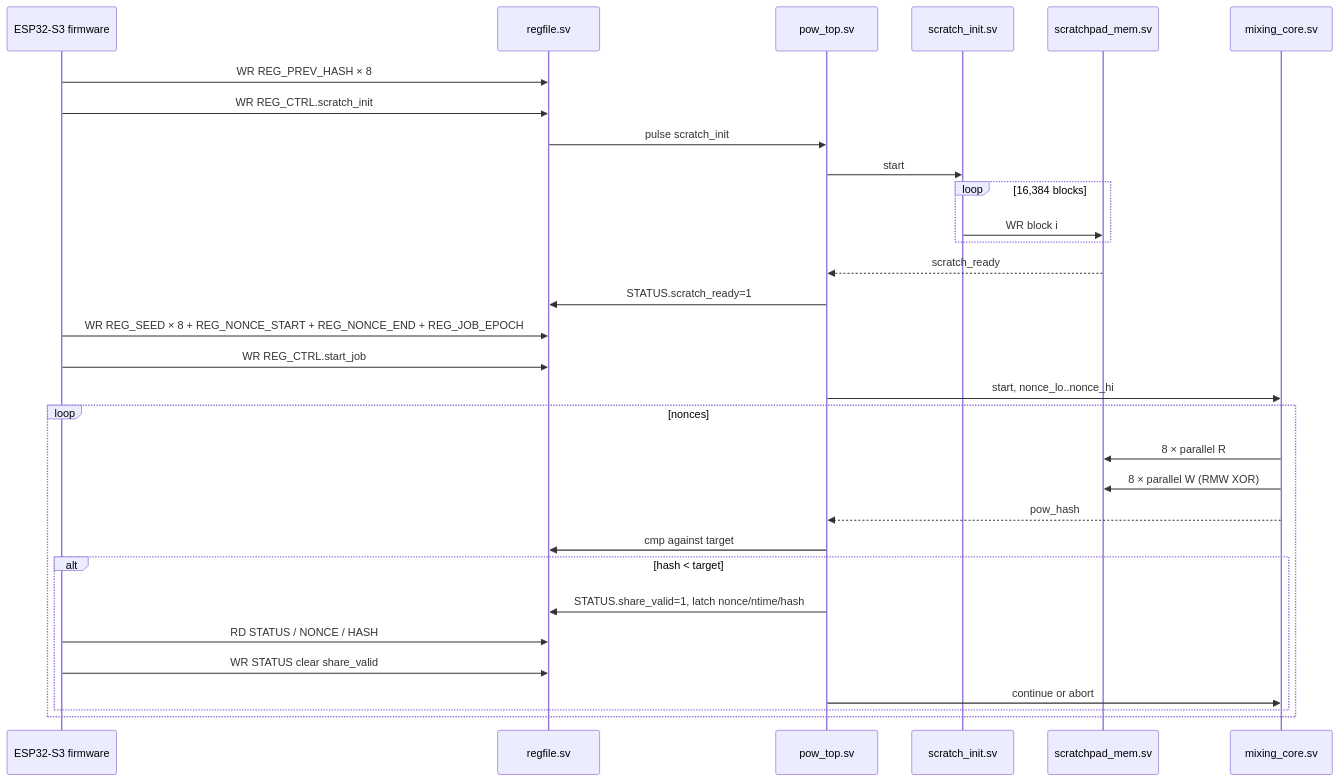
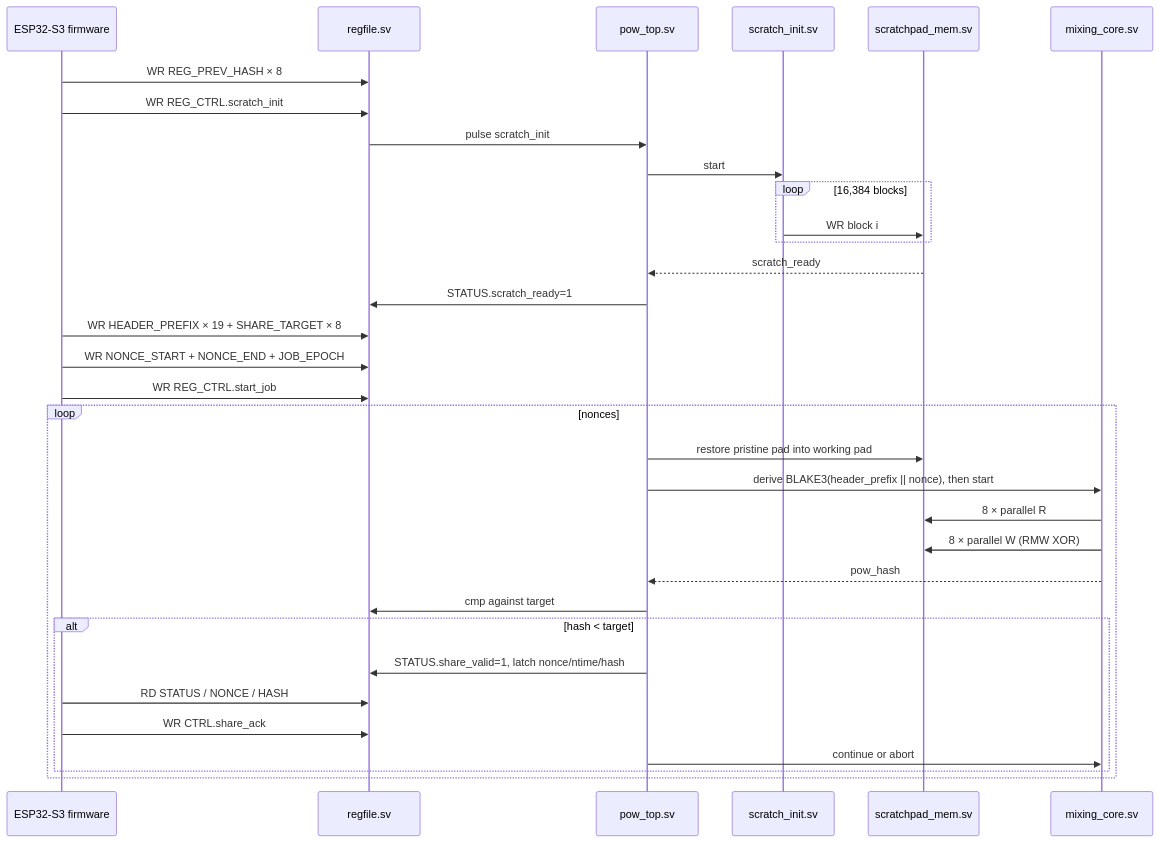
One commit to b3chain/b3chain changed the second of 2 diagrams in contrib/miner/b3miner-rtl/docs/architecture.md. Above: the diagram before and after it, drawn with Mermaid. The commit also changed other lines of this file and 125 other files, not shown here.

````diff
--- a/contrib/miner/b3miner-rtl/docs/architecture.md
+++ b/contrib/miner/b3miner-rtl/docs/architecture.md
@@ -40,34 +40,36 @@
 ```mermaid
 sequenceDiagram
     participant FW as ESP32-S3 firmware
     participant RF as regfile.sv
     participant PT as pow_top.sv
     participant SI as scratch_init.sv
     participant SP as scratchpad_mem.sv
     participant MX as mixing_core.sv
 
     FW->>RF: WR REG_PREV_HASH × 8
     FW->>RF: WR REG_CTRL.scratch_init
     RF->>PT: pulse scratch_init
     PT->>SI: start
     loop 16,384 blocks
         SI->>SP: WR block i
     end
     SP-->>PT: scratch_ready
     PT->>RF: STATUS.scratch_ready=1
-    FW->>RF: WR REG_SEED × 8 + REG_NONCE_START + REG_NONCE_END + REG_JOB_EPOCH
+    FW->>RF: WR HEADER_PREFIX × 19 + SHARE_TARGET × 8
+    FW->>RF: WR NONCE_START + NONCE_END + JOB_EPOCH
     FW->>RF: WR REG_CTRL.start_job
-    PT->>MX: start, nonce_lo..nonce_hi
     loop nonces
+        PT->>SP: restore pristine pad into working pad
+        PT->>MX: derive BLAKE3(header_prefix || nonce), then start
         MX->>SP: 8 × parallel R
         MX->>SP: 8 × parallel W (RMW XOR)
         MX-->>PT: pow_hash
         PT->>RF: cmp against target
         alt hash < target
             PT->>RF: STATUS.share_valid=1, latch nonce/ntime/hash
             FW->>RF: RD STATUS / NONCE / HASH
-            FW->>RF: WR STATUS clear share_valid
+            FW->>RF: WR CTRL.share_ack
             PT->>MX: continue or abort
         end
     end
 ```
````
